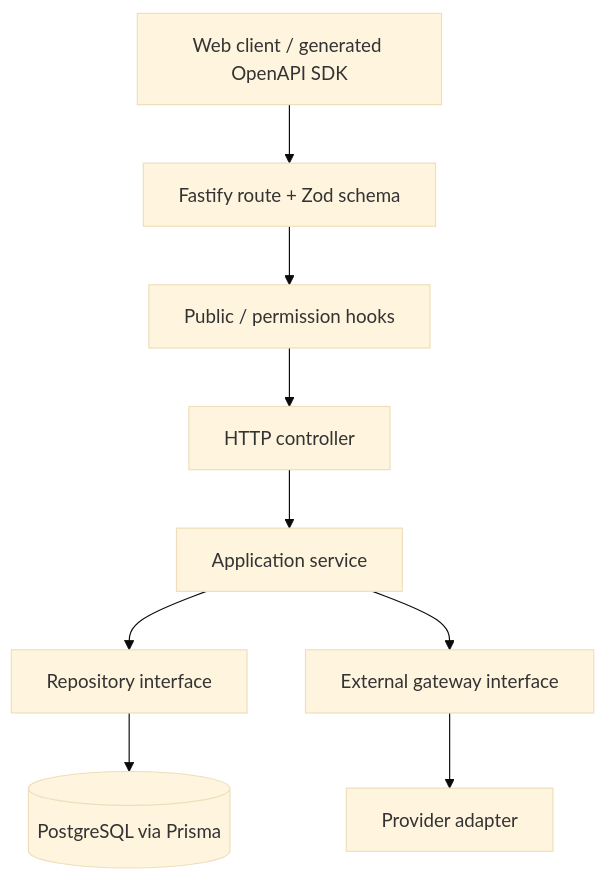
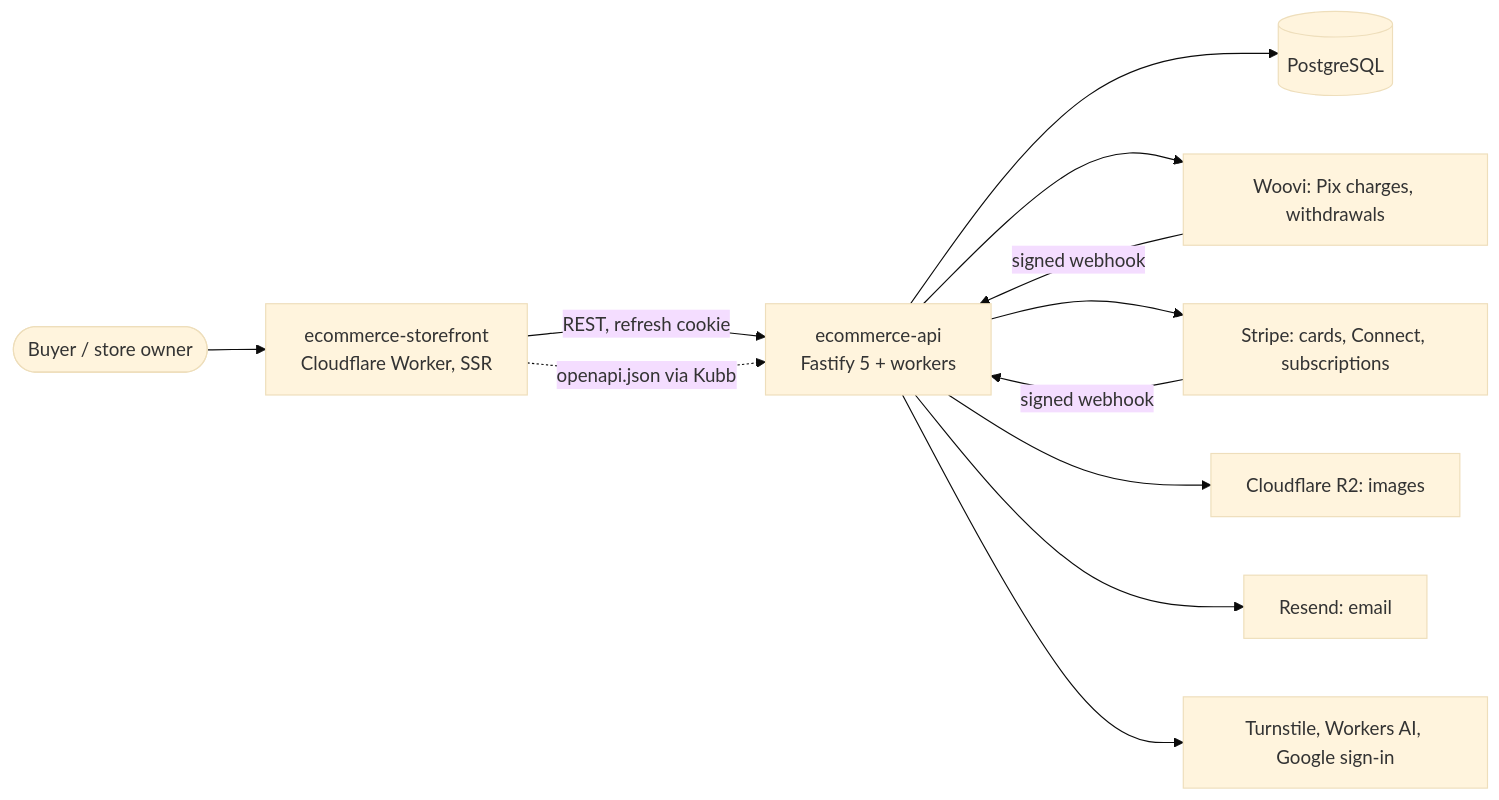
Before and after one commit to mkwitko/ecommerce-api: the first of 4 diagrams in README.md, drawn with Mermaid (base theme). The commit also changed other lines of this file, not shown here.

````diff
--- a/README.md
+++ b/README.md
@@ -32,11 +22,14 @@
 ```mermaid
-flowchart TD
-  Client[Web client / generated OpenAPI SDK] --> Route[Fastify route + Zod schema]
-  Route --> Access[Public / permission hooks]
-  Access --> Controller[HTTP controller]
-  Controller --> Service[Application service]
-  Service --> Repo[Repository interface]
-  Service --> Gateway[External gateway interface]
-  Repo --> DB[(PostgreSQL via Prisma)]
-  Gateway --> Provider[Provider adapter]
+flowchart LR
+  Buyer([Buyer / store owner]) --> Web[ecommerce-storefront<br/>Cloudflare Worker, SSR]
+  Web -->|REST, refresh cookie| API[ecommerce-api<br/>Fastify 5 + workers]
+  API --> DB[(PostgreSQL)]
+  API --> Woovi[Woovi: Pix charges, withdrawals]
+  API --> Stripe[Stripe: cards, Connect, subscriptions]
+  API --> R2[Cloudflare R2: images]
+  API --> Mail[Resend: email]
+  API --> CF[Turnstile, Workers AI, Google sign-in]
+  Woovi -->|signed webhook| API
+  Stripe -->|signed webhook| API
+  Web -.->|openapi.json via Kubb| API
 ```
````
